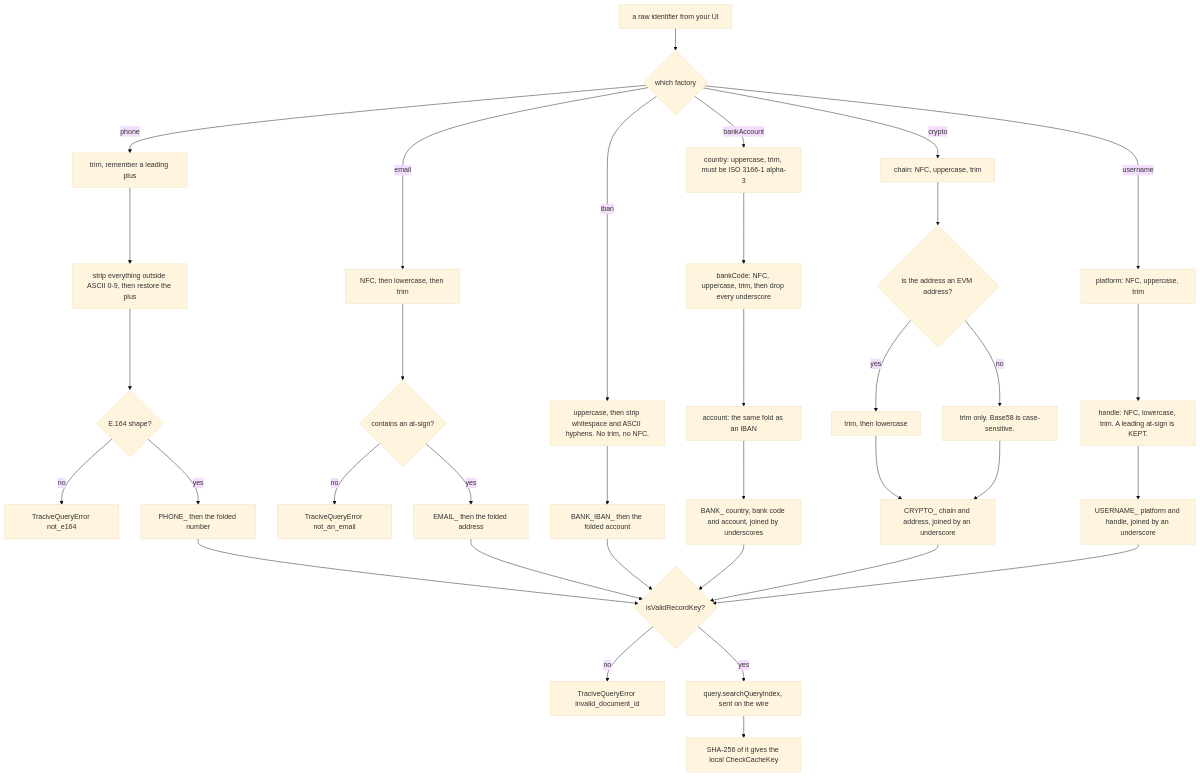
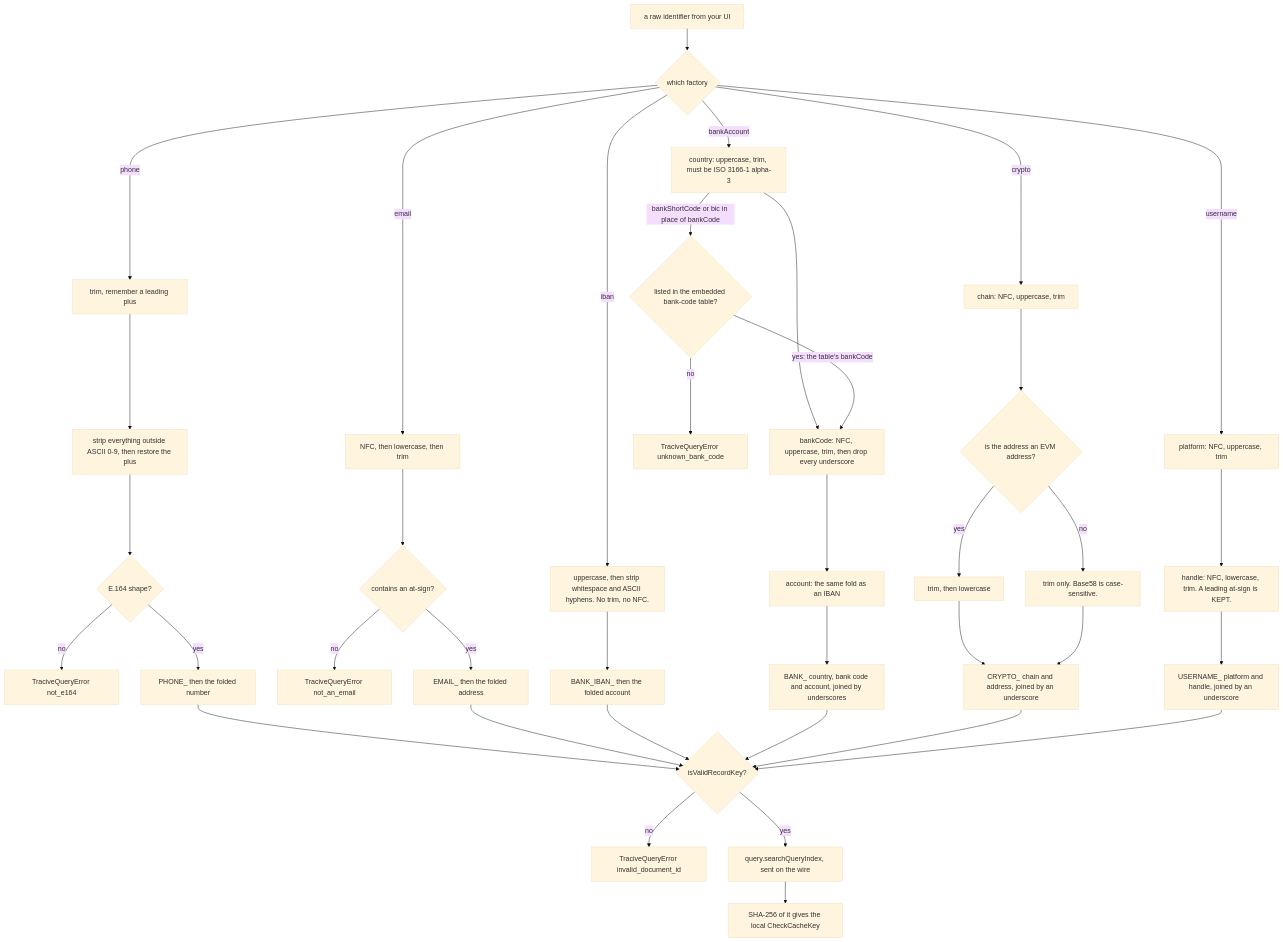
The fifth of 6 diagrams in docs/architecture.md (pleistocent/tracive-sdk-react-native), drawn with Mermaid (base theme) before and after one commit. The commit also changed other lines of this file and 16 other files, not shown here.

First line of the commit message:
feat(query): name a bank by its national bank code or BIC

````diff
--- a/docs/architecture.md
+++ b/docs/architecture.md
@@ -408,45 +408,48 @@
 ```mermaid
 flowchart TD
   Raw["a raw identifier from your UI"] --> Factory{"which factory"}
 
   Factory -->|"phone"| P1["trim, remember a leading plus"]
   P1 --> P2["strip everything outside ASCII 0-9, then restore the plus"]
   P2 --> P3{"E.164 shape?"}
   P3 -->|"no"| PErr["TraciveQueryError not_e164"]
   P3 -->|"yes"| PKey["PHONE_ then the folded number"]
 
   Factory -->|"email"| E1["NFC, then lowercase, then trim"]
   E1 --> E2{"contains an at-sign?"}
   E2 -->|"no"| EErr["TraciveQueryError not_an_email"]
   E2 -->|"yes"| EKey["EMAIL_ then the folded address"]
 
   Factory -->|"iban"| I1["uppercase, then strip whitespace and ASCII hyphens. No trim, no NFC."]
   I1 --> IKey["BANK_IBAN_ then the folded account"]
 
   Factory -->|"bankAccount"| B1["country: uppercase, trim, must be ISO 3166-1 alpha-3"]
   B1 --> B2["bankCode: NFC, uppercase, trim, then drop every underscore"]
   B2 --> B3["account: the same fold as an IBAN"]
   B3 --> BKey["BANK_ country, bank code and account, joined by underscores"]
+  B1 -->|"bankShortCode or bic in place of bankCode"| BT{"listed in the embedded bank-code table?"}
+  BT -->|"no"| BTErr["TraciveQueryError unknown_bank_code"]
+  BT -->|"yes: the table's bankCode"| B2
 
   Factory -->|"crypto"| C1["chain: NFC, uppercase, trim"]
   C1 --> C2{"is the address an EVM address?"}
   C2 -->|"yes"| C3["trim, then lowercase"]
   C2 -->|"no"| C4["trim only. Base58 is case-sensitive."]
   C3 --> CKey["CRYPTO_ chain and address, joined by an underscore"]
   C4 --> CKey
 
   Factory -->|"username"| U1["platform: NFC, uppercase, trim"]
   U1 --> U2["handle: NFC, lowercase, trim. A leading at-sign is KEPT."]
   U2 --> UKey["USERNAME_ platform and handle, joined by an underscore"]
 
   PKey --> Final{"isValidRecordKey?"}
   EKey --> Final
   IKey --> Final
   BKey --> Final
   CKey --> Final
   UKey --> Final
 
   Final -->|"no"| FErr["TraciveQueryError invalid_document_id"]
   Final -->|"yes"| Index["query.searchQueryIndex, sent on the wire"]
   Index --> Hash["SHA-256 of it gives the local CheckCacheKey"]
 ```
````
